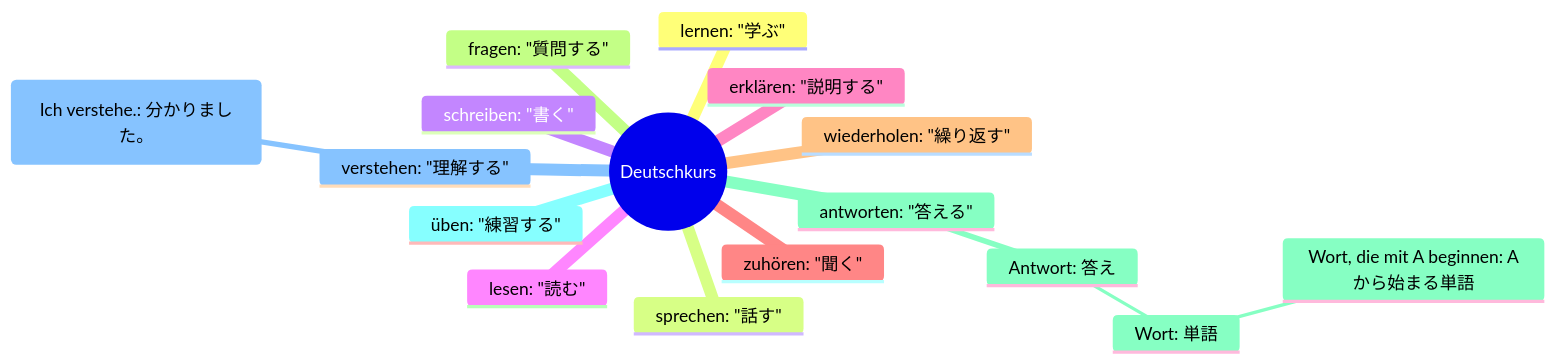
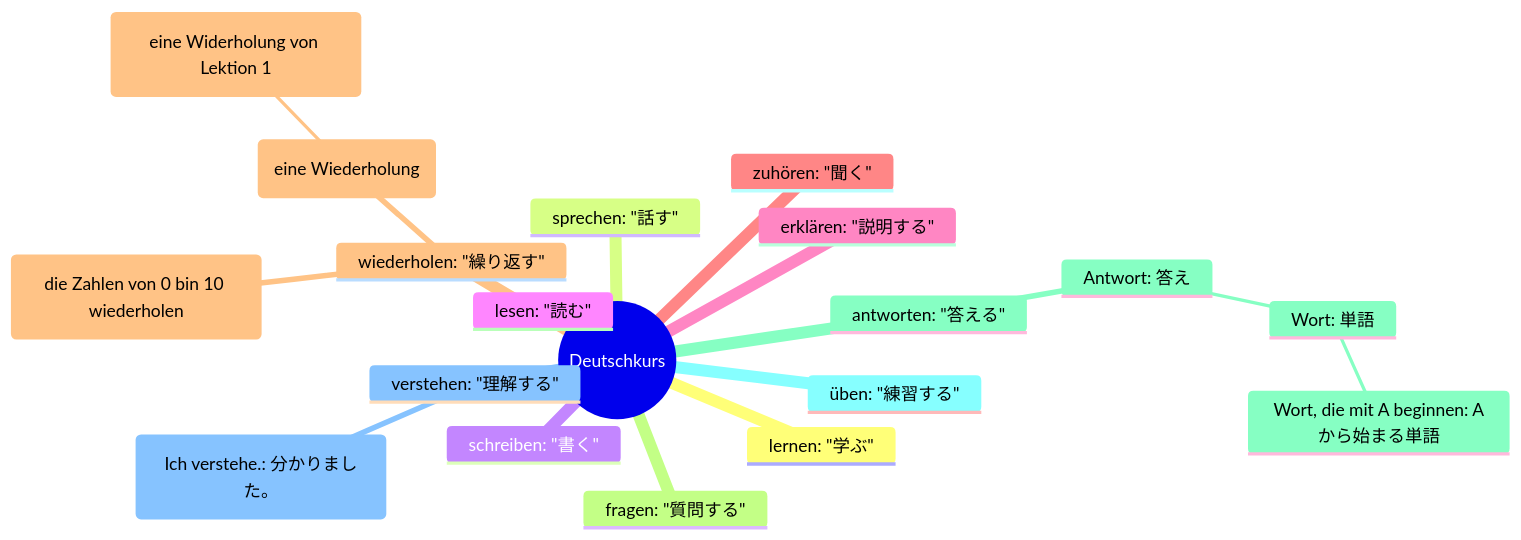
Before and after one commit to hyonsoku/mindmap: the second of 6 diagrams in Dutesch/deutsch.md, drawn with Mermaid. The commit also changed other lines of this file and 1 other file, not shown here.

Commit message:
Update from the message of Lena

````diff
--- a/Dutesch/deutsch.md
+++ b/Dutesch/deutsch.md
@@ -10,19 +13,22 @@
 ```mermaid
 mindmap
   root((Deutschkurs)
     lernen: "学ぶ"
     sprechen: "話す"
     schreiben: "書く"
     lesen: "読む"
     erklären: "説明する"
     zuhören: "聞く"
     wiederholen: "繰り返す"
+        (die Zahlen von 0 bin 10 wiederholen)
+        (eine Wiederholung)
+            (eine Widerholung von Lektion 1)
     fragen: "質問する"
     antworten: "答える"
         Antwort: 答え
             Wort: 単語
                 Wort, die mit A beginnen: Aから始まる単語
     üben: "練習する"
     verstehen: "理解する"
         (Ich verstehe.: 分かりました。)
 ```
````
